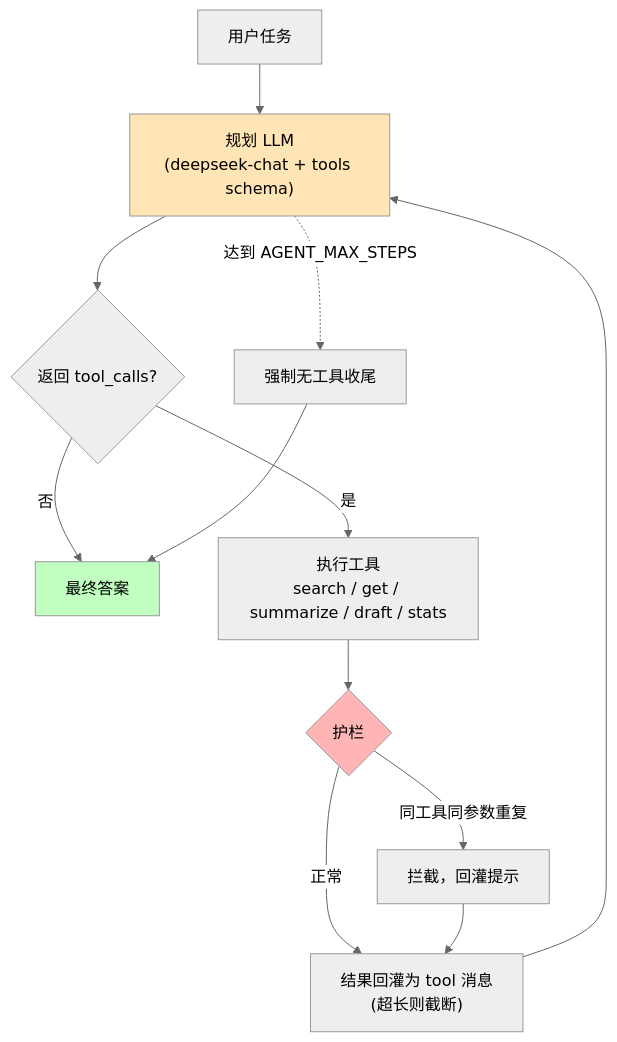
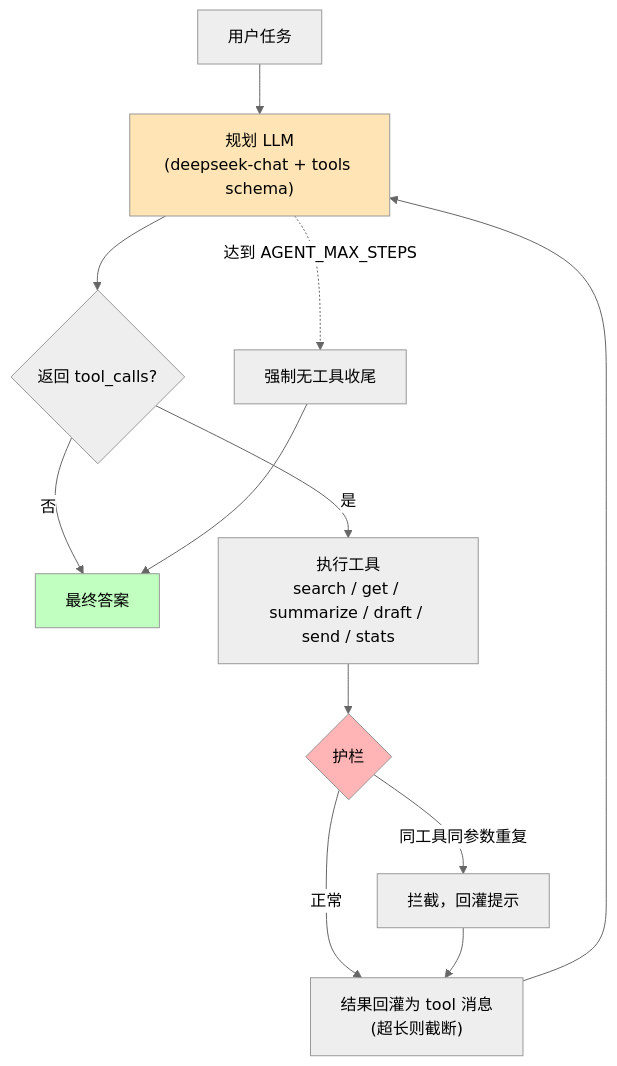
The tenth of 12 diagrams in docs/architecture.md (Yoimiya2627/email-rag-agent), drawn with Mermaid (neutral theme) before and after one commit. The commit also changed other lines of this file and 33 other files, not shown here.

````diff
--- a/docs/architecture.md
+++ b/docs/architecture.md
@@ -407,18 +407,18 @@
 ```mermaid
 flowchart TD
     Q["用户任务"] --> LLM["规划 LLM<br/>(deepseek-chat + tools schema)"]
     LLM --> D{"返回 tool_calls?"}
     D -->|否| ANS["最终答案"]
-    D -->|是| EXEC["执行工具<br/>search / get / summarize / draft / stats"]
+    D -->|是| EXEC["执行工具<br/>search / get / summarize / draft / send / stats"]
     EXEC --> GUARD{"护栏"}
     GUARD -->|"同工具同参数重复"| BLOCK["拦截，回灌提示"]
     GUARD -->|正常| FEED["结果回灌为 tool 消息<br/>(超长则截断)"]
     BLOCK --> FEED
     FEED --> LLM
     LLM -.->|"达到 AGENT_MAX_STEPS"| FORCE["强制无工具收尾"]
     FORCE --> ANS
 
     style LLM fill:#ffe4b5
     style ANS fill:#c0ffc0
     style GUARD fill:#ffb5b5
 ```
````
